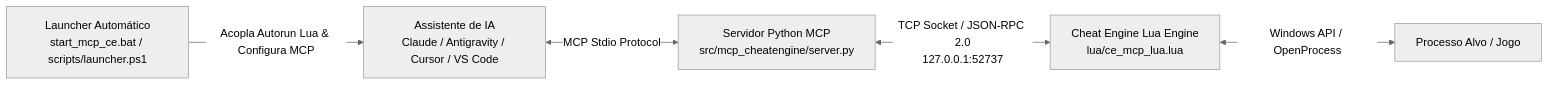
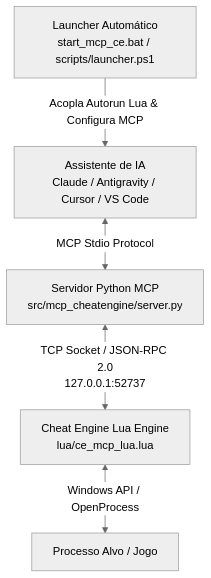
One commit to dandgabr/mcp-cheatengine changed the diagram in README.md. Above: the diagram before and after it, drawn with Mermaid (neutral theme).

Commit message:
docs: altera orientacao do diagrama Mermaid no README de LR para TD

````diff
--- a/README.md
+++ b/README.md
@@ -18,7 +18,7 @@
 ```mermaid
-flowchart LR
+flowchart TD
     Launcher["Launcher Automático\nstart_mcp_ce.bat / scripts/launcher.ps1"] -->|Acopla Autorun Lua & Configura MCP| AI[Assistente de IA\nClaude / Antigravity / Cursor / VS Code]
     AI <-->|MCP Stdio Protocol| PyServer[Servidor Python MCP\nsrc/mcp_cheatengine/server.py]
     PyServer <-->|TCP Socket / JSON-RPC 2.0\n127.0.0.1:52737| CE[Cheat Engine Lua Engine\nlua/ce_mcp_lua.lua]
     CE <-->|Windows API / OpenProcess| Target[Processo Alvo / Jogo]
 ```
````
